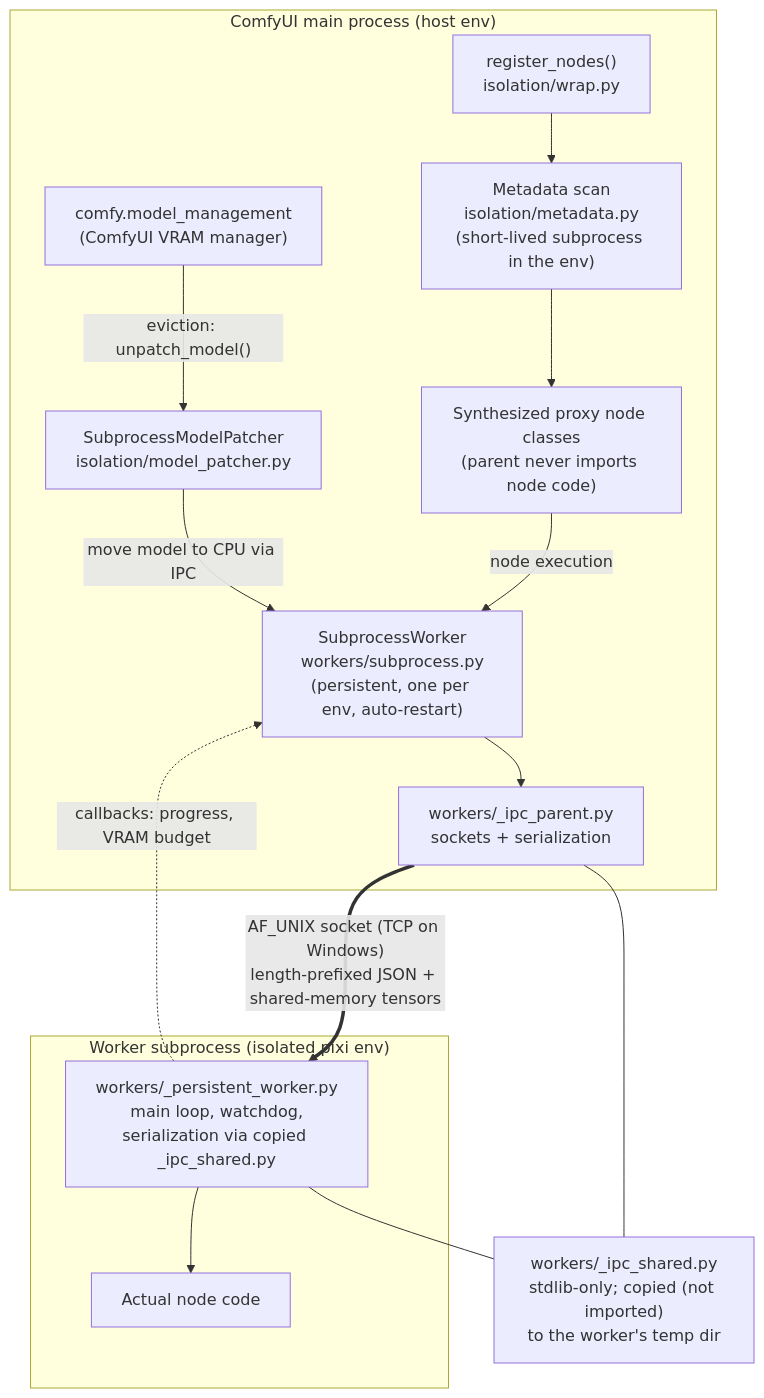
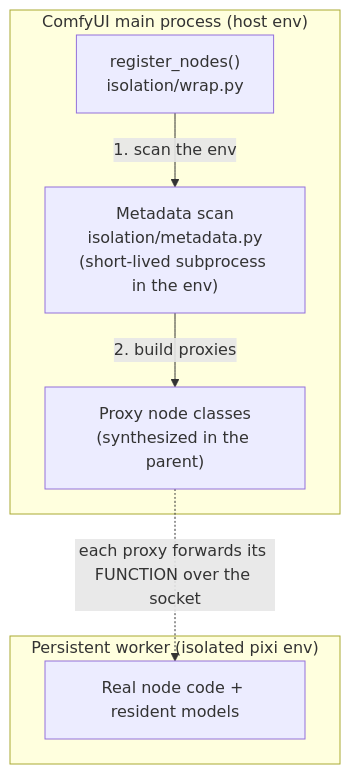
The fourth of 6 diagrams in docs/comfy-env/index.md (Comfy-Forge/comfy-forge-docs), drawn with Mermaid before and after one commit. The commit also changed other lines of this file, not shown here.

First line of the commit message:
docs: split the muddy runtime diagram into three (boundary / execution / VRAM)

````diff
--- a/docs/comfy-env/index.md
+++ b/docs/comfy-env/index.md
@@ -480,30 +486,16 @@
 ```mermaid
 flowchart TD
     subgraph parent["ComfyUI main process (host env)"]
         reg["register_nodes()<br/>isolation/wrap.py"]
         meta["Metadata scan<br/>isolation/metadata.py<br/>(short-lived subprocess in the env)"]
-        proxy["Synthesized proxy node classes<br/>(parent never imports node code)"]
-        sw["SubprocessWorker<br/>workers/subprocess.py<br/>(persistent, one per env, auto-restart)"]
-        ipcp["workers/_ipc_parent.py<br/>sockets + serialization"]
-        mp["SubprocessModelPatcher<br/>isolation/model_patcher.py"]
-        mm["comfy.model_management<br/>(ComfyUI VRAM manager)"]
-        reg --> meta --> proxy
-        proxy -->|"node execution"| sw
-        sw --> ipcp
-        mm -->|"eviction: unpatch_model()"| mp
-        mp -->|"move model to CPU via IPC"| sw
+        proxy["Proxy node classes<br/>(synthesized in the parent)"]
+        reg -->|"1. scan the env"| meta
+        meta -->|"2. build proxies"| proxy
     end
 
-    subgraph wp["Worker subprocess (isolated pixi env)"]
-        pw["workers/_persistent_worker.py<br/>main loop, watchdog,<br/>serialization via copied _ipc_shared.py"]
-        node["Actual node code"]
-        pw --> node
+    subgraph worker["Persistent worker (isolated pixi env)"]
+        node["Real node code + resident models"]
     end
 
-    shared["workers/_ipc_shared.py<br/>stdlib-only; copied (not imported)<br/>to the worker's temp dir"]
-
-    ipcp ==>|"AF_UNIX socket (TCP on Windows)<br/>length-prefixed JSON + shared-memory tensors"| pw
-    pw -.->|"callbacks: progress, VRAM budget"| sw
-    ipcp --- shared
-    pw --- shared
+    proxy -. "each proxy forwards its FUNCTION over the socket" .-> node
 ```
````
